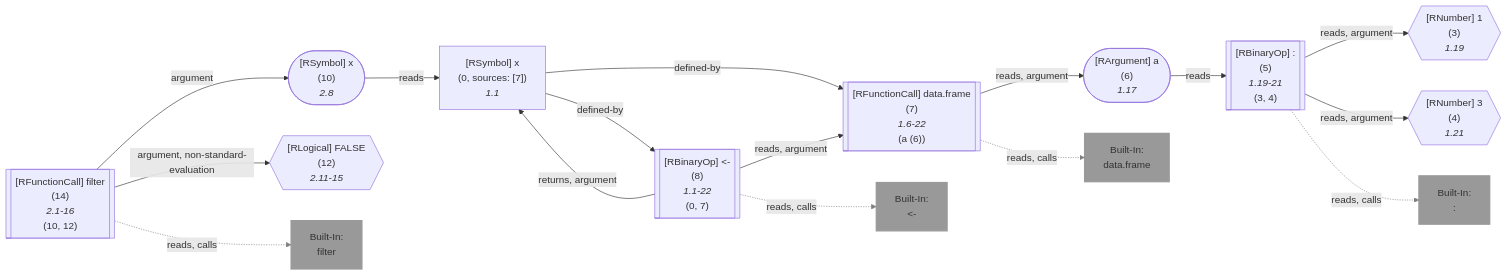
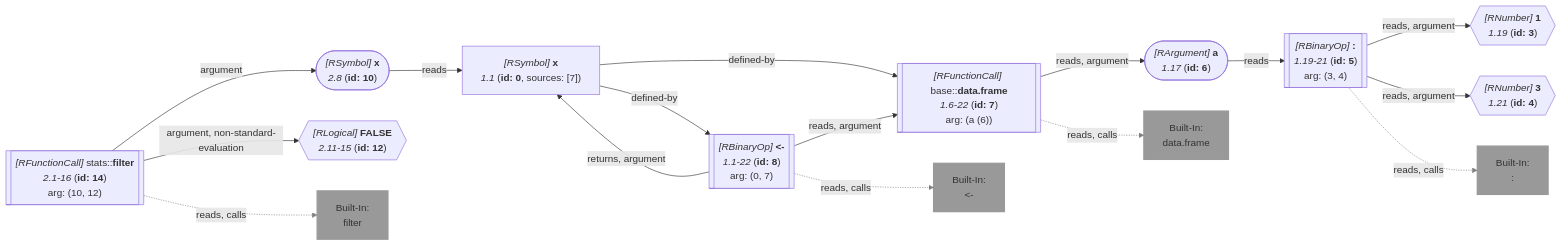
The eighth of 21 diagrams in wiki/Query API.md (flowr-analysis/flowr), drawn with Mermaid before and after one commit. The commit also changed other lines of this file and 87 other files, not shown here.

````diff
--- a/wiki/Query API.md
+++ b/wiki/Query API.md
@@ -3408,71 +3356,61 @@
 ```mermaid
 flowchart LR
-    3{{"`#91;RNumber#93; 1
-      (3)
-      *1.19*`"}}
+    3{{"`*#91;RNumber#93;* **1**
+      *1.19* (**id: 3**)`"}}
    %% No edges found for 3
-    4{{"`#91;RNumber#93; 3
-      (4)
-      *1.21*`"}}
+    4{{"`*#91;RNumber#93;* **3**
+      *1.21* (**id: 4**)`"}}
    %% No edges found for 4
-    5[["`#91;RBinaryOp#93; #58;
-      (5)
-      *1.19-21*
-    (3, 4)`"]]
+    5[["`*#91;RBinaryOp#93;* **#58;**
+      *1.19-21* (**id: 5**)
+    arg: (3, 4)`"]]
     built-in::["`Built-In:
 #58;`"]
     style built-in:: stroke:gray,fill:gray,stroke-width:2px,opacity:.8;
-    6(["`#91;RArgument#93; a
-      (6)
-      *1.17*`"])
-    7[["`#91;RFunctionCall#93; data.frame
-      (7)
-      *1.6-22*
-    (a (6))`"]]
+    6(["`*#91;RArgument#93;* **a**
+      *1.17* (**id: 6**)`"])
+    7[["`*#91;RFunctionCall#93;* base#58;#58;**data.frame**
+      *1.6-22* (**id: 7**)
+    arg: (a (6))`"]]
     built-in:data_frame["`Built-In:
 data.frame`"]
     style built-in:data_frame stroke:gray,fill:gray,stroke-width:2px,opacity:.8;
-    0["`#91;RSymbol#93; x
-      (0, sources: [7])
-      *1.1*`"]
-    8[["`#91;RBinaryOp#93; #60;#45;
-      (8)
-      *1.1-22*
-    (0, 7)`"]]
+    0["`*#91;RSymbol#93;* **x**
+      *1.1* (**id: 0**, sources: [7])`"]
+    8[["`*#91;RBinaryOp#93;* **#60;#45;**
+      *1.1-22* (**id: 8**)
+    arg: (0, 7)`"]]
     built-in:_-["`Built-In:
 #60;#45;`"]
     style built-in:_- stroke:gray,fill:gray,stroke-width:2px,opacity:.8;
-    10(["`#91;RSymbol#93; x
-      (10)
-      *2.8*`"])
-    12{{"`#91;RLogical#93; FALSE
-      (12)
-      *2.11-15*`"}}
+    10(["`*#91;RSymbol#93;* **x**
+      *2.8* (**id: 10**)`"])
+    12{{"`*#91;RLogical#93;* **FALSE**
+      *2.11-15* (**id: 12**)`"}}
    %% No edges found for 12
-    14[["`#91;RFunctionCall#93; filter
-      (14)
-      *2.1-16*
-    (10, 12)`"]]
+    14[["`*#91;RFunctionCall#93;* stats#58;#58;**filter**
+      *2.1-16* (**id: 14**)
+    arg: (10, 12)`"]]
     built-in:filter["`Built-In:
 filter`"]
     style built-in:filter stroke:gray,fill:gray,stroke-width:2px,opacity:.8;
     5 -->|"reads, argument"| 3
     5 -->|"reads, argument"| 4
     5 -.->|"reads, calls"| built-in::
     linkStyle 2 stroke:gray;
     6 -->|"reads"| 5
     7 -->|"reads, argument"| 6
     7 -.->|"reads, calls"| built-in:data_frame
     linkStyle 5 stroke:gray;
     0 -->|"defined-by"| 7
     0 -->|"defined-by"| 8
     8 -->|"reads, argument"| 7
     8 -->|"returns, argument"| 0
     8 -.->|"reads, calls"| built-in:_-
     linkStyle 10 stroke:gray;
     10 -->|"reads"| 0
     14 -->|"argument"| 10
     14 -->|"argument, non-standard-evaluation"| 12
     14 -.->|"reads, calls"| built-in:filter
     linkStyle 14 stroke:gray;
 ```
````
